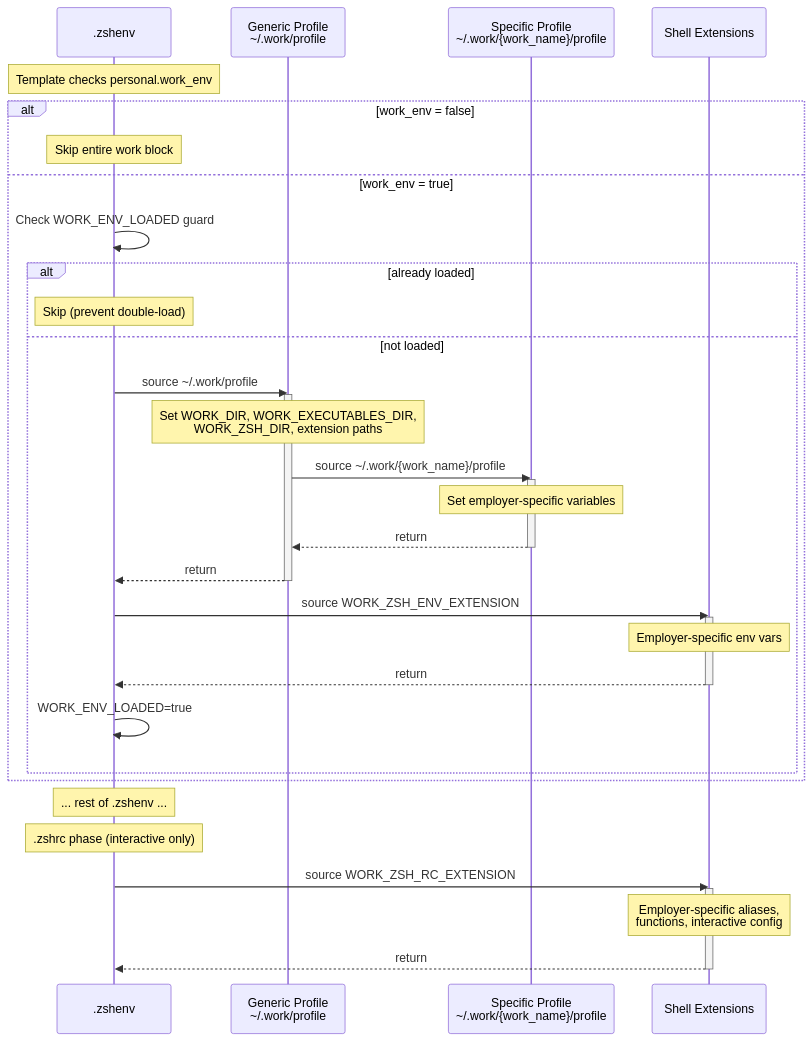
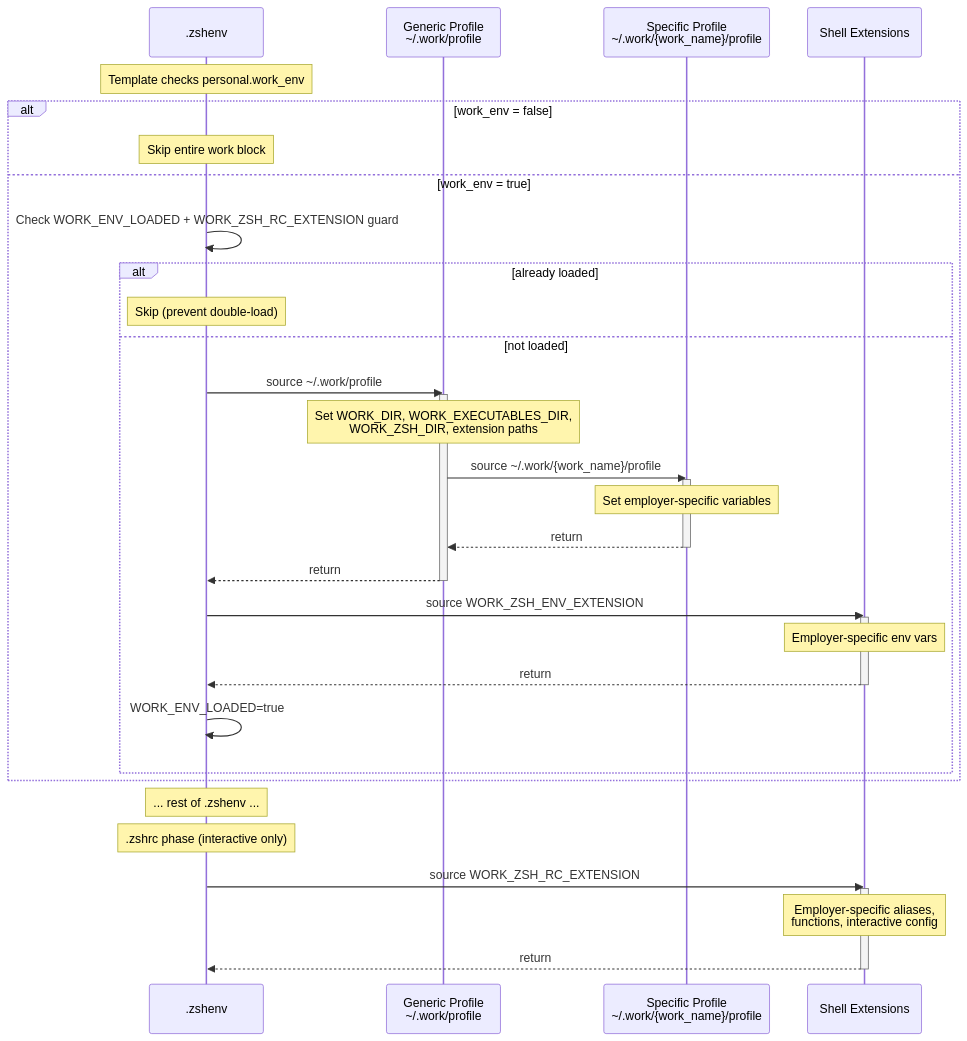
The diagram in docs/dotfiles/processes/work-environment-loading.md (MrPointer/dotfiles), drawn with Mermaid before and after one commit. The commit also changed other lines of this file and 1 other file, not shown here.

Commit message:
reload work env when its guard is inherited stale
A long-lived parent such as Deck's tmux server can hold an exported
WORK_ENV_LOADED from before the work path variables were exported.
Shells it spawns then skipped the work profiles, never learned the
zshrc extension paths, and lost every employer launcher.

Skip loading only when the guard and the exported zshrc extension path
are both present, so a stale guard alone triggers a normal reload.

````diff
--- a/docs/dotfiles/processes/work-environment-loading.md
+++ b/docs/dotfiles/processes/work-environment-loading.md
@@ -20,44 +20,44 @@
 ```mermaid
 sequenceDiagram
     participant zshenv as .zshenv
     participant gp as Generic Profile<br>~/.work/profile
     participant sp as Specific Profile<br>~/.work/{work_name}/profile
     participant ext as Shell Extensions
 
     Note over zshenv: Template checks personal.work_env
 
     alt work_env = false
         Note over zshenv: Skip entire work block
     else work_env = true
-        zshenv ->> zshenv: Check WORK_ENV_LOADED guard
+        zshenv ->> zshenv: Check WORK_ENV_LOADED + WORK_ZSH_RC_EXTENSION guard
         alt already loaded
             Note over zshenv: Skip (prevent double-load)
         else not loaded
             zshenv ->> gp: source ~/.work/profile
             activate gp
             Note over gp: Set WORK_DIR, WORK_EXECUTABLES_DIR,<br>WORK_ZSH_DIR, extension paths
             gp ->> sp: source ~/.work/{work_name}/profile
             activate sp
             Note over sp: Set employer-specific variables
             sp -->> gp: return
             deactivate sp
             gp -->> zshenv: return
             deactivate gp
             zshenv ->> ext: source WORK_ZSH_ENV_EXTENSION
             activate ext
             Note over ext: Employer-specific env vars
             ext -->> zshenv: return
             deactivate ext
             zshenv ->> zshenv: WORK_ENV_LOADED=true
         end
     end
 
     Note over zshenv: ... rest of .zshenv ...
 
     Note over zshenv: .zshrc phase (interactive only)
     zshenv ->> ext: source WORK_ZSH_RC_EXTENSION
     activate ext
     Note over ext: Employer-specific aliases,<br>functions, interactive config
     ext -->> zshenv: return
     deactivate ext
 ```
````
